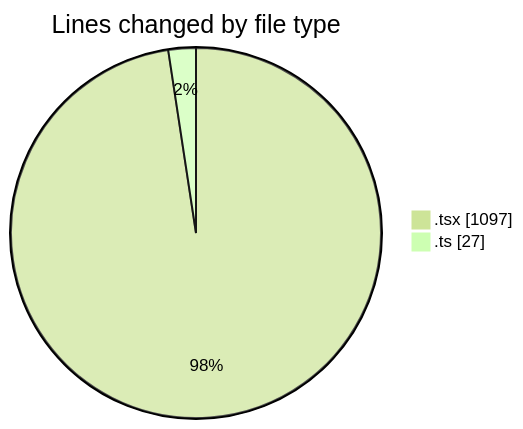
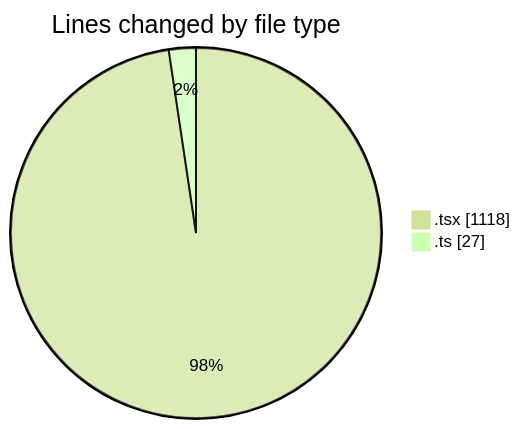
Before and after one commit to momahboobian/code-tracking: the first of 2 diagrams in 2025-02-11/cda/README.md, drawn with Mermaid (forest theme). The commit also changed other lines of this file and 1 other file, not shown here.

````diff
--- a/2025-02-11/cda/README.md
+++ b/2025-02-11/cda/README.md
@@ -21,6 +21,6 @@
 ```mermaid
 pie showData
 title Lines changed by file type
-".tsx" : 1097
+".tsx" : 1118
 ".ts" : 27
 ```
````
